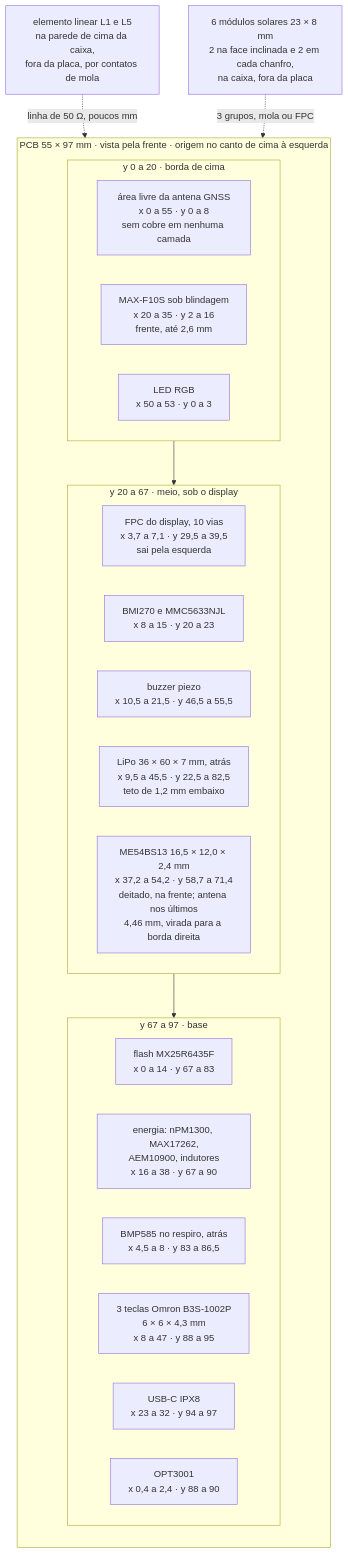
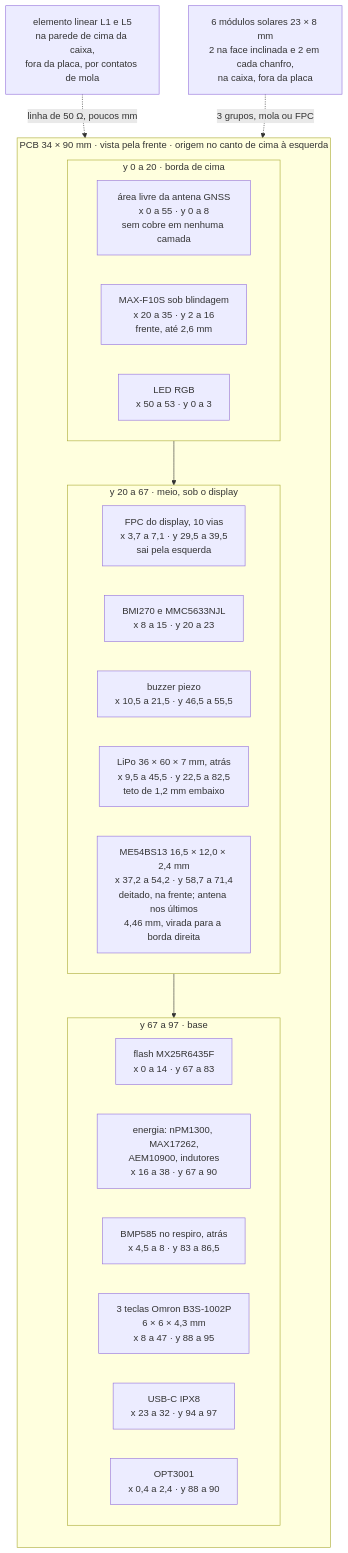
One commit to Guiimartinho/gnss-bike-computer changed the second of 3 diagrams in hardware_gnssbike/04-pcb-e-caixa.md. Above: the diagram before and after it, drawn with Mermaid. The commit also changed other lines of this file and 24 other files, not shown here.

````diff
--- a/hardware_gnssbike/04-pcb-e-caixa.md
+++ b/hardware_gnssbike/04-pcb-e-caixa.md
@@ -358,32 +384,32 @@
 ```mermaid
 flowchart TB
-    subgraph PCB["PCB 55 × 97 mm · vista pela frente · origem no canto de cima à esquerda"]
+    subgraph PCB["PCB 34 × 90 mm · vista pela frente · origem no canto de cima à esquerda"]
         direction TB
         subgraph Y1["y 0 a 20 · borda de cima"]
             direction LR
             A1["área livre da antena GNSS<br/>x 0 a 55 · y 0 a 8<br/>sem cobre em nenhuma camada"]
             A2["MAX-F10S sob blindagem<br/>x 20 a 35 · y 2 a 16<br/>frente, até 2,6 mm"]
             A3["LED RGB<br/>x 50 a 53 · y 0 a 3"]
         end
         subgraph Y2["y 20 a 67 · meio, sob o display"]
             direction LR
             B1["FPC do display, 10 vias<br/>x 3,7 a 7,1 · y 29,5 a 39,5<br/>sai pela esquerda"]
             B2["BMI270 e MMC5633NJL<br/>x 8 a 15 · y 20 a 23"]
             B3["buzzer piezo<br/>x 10,5 a 21,5 · y 46,5 a 55,5"]
             B4["LiPo 36 × 60 × 7 mm, atrás<br/>x 9,5 a 45,5 · y 22,5 a 82,5<br/>teto de 1,2 mm embaixo"]
             B5["ME54BS13 16,5 × 12,0 × 2,4 mm<br/>x 37,2 a 54,2 · y 58,7 a 71,4<br/>deitado, na frente; antena nos últimos<br/>4,46 mm, virada para a borda direita"]
         end
         subgraph Y3["y 67 a 97 · base"]
             direction LR
             C1["flash MX25R6435F<br/>x 0 a 14 · y 67 a 83"]
             C2["energia: nPM1300, MAX17262,<br/>AEM10900, indutores<br/>x 16 a 38 · y 67 a 90"]
             C4["BMP585 no respiro, atrás<br/>x 4,5 a 8 · y 83 a 86,5"]
             C5["3 teclas Omron B3S-1002P<br/>6 × 6 × 4,3 mm<br/>x 8 a 47 · y 88 a 95"]
             C6["USB-C IPX8<br/>x 23 a 32 · y 94 a 97"]
             C7["OPT3001<br/>x 0,4 a 2,4 · y 88 a 90"]
         end
     end
     ANT["elemento linear L1 e L5<br/>na parede de cima da caixa,<br/>fora da placa, por contatos de mola"] -.->|"linha de 50 Ω, poucos mm"| A2
     Y1 --> Y2 --> Y3
     PV["6 módulos solares 23 × 8 mm<br/>2 na face inclinada e 2 em cada chanfro,<br/>na caixa, fora da placa"] -.->|"3 grupos, mola ou FPC"| C2
 ```
````
